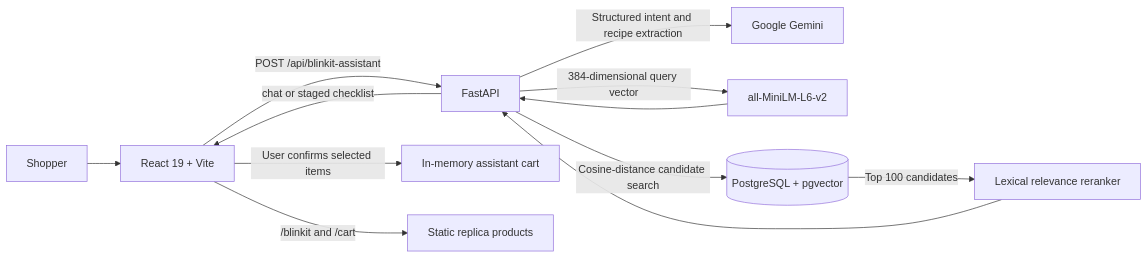
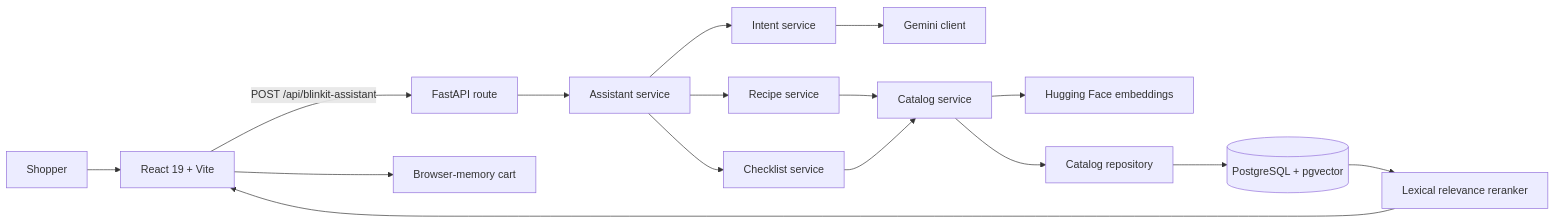
The diagram in README.md (ysstbl/Blinkit-AI), drawn with Mermaid before and after one commit. The commit also changed other lines of this file, not shown here.

````diff
--- a/README.md
+++ b/README.md
@@ -17,14 +90,18 @@
 ```mermaid
 flowchart LR
-	 Shopper --> UI[React 19 + Vite]
-	 UI -->|POST /api/blinkit-assistant| API[FastAPI]
-	 API -->|Structured intent and recipe extraction| Gemini[Google Gemini]
-	 API -->|384-dimensional query vector| Model[all-MiniLM-L6-v2]
-	 Model --> API
-	 API -->|Cosine-distance candidate search| DB[(PostgreSQL + pgvector)]
-	 DB -->|Top 100 candidates| Rank[Lexical relevance reranker]
-	 Rank --> API
-	 API -->|chat or staged checklist| UI
-	 UI -->|User confirms selected items| Cart[In-memory assistant cart]
-	 UI -->|/blinkit and /cart| Storefront[Static replica products]
+    Shopper --> UI[React 19 + Vite]
+    UI -->|POST /api/blinkit-assistant| Route[FastAPI route]
+    Route --> Assistant[Assistant service]
+    Assistant --> Intent[Intent service]
+    Intent --> Gemini[Gemini client]
+    Assistant --> Recipe[Recipe service]
+    Assistant --> Checklist[Checklist service]
+    Recipe --> Catalog[Catalog service]
+    Checklist --> Catalog
+    Catalog --> Embeddings[Hugging Face embeddings]
+    Catalog --> Repository[Catalog repository]
+    Repository --> DB[(PostgreSQL + pgvector)]
+    DB --> Rerank[Lexical relevance reranker]
+    Rerank --> UI
+    UI --> Cart[Browser-memory cart]
 ```
````
